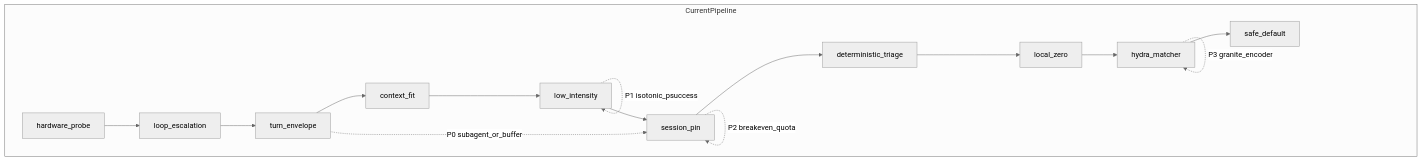
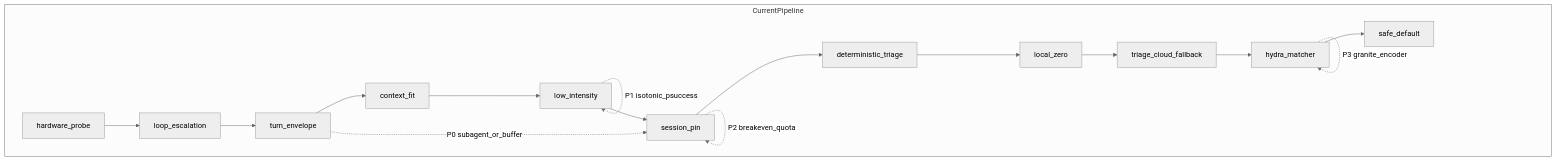
The diagram in docs/routing-roadmap.md (beettlle/pi-smart-router), drawn with Mermaid (neutral theme) before and after one commit. The commit also changed other lines of this file and 3 other files, not shown here.

Commit message:
feat(SP-227): complete Step 2 — refresh README, quickstart, and roadmap for 0.16.2 runtime

````diff
--- a/docs/routing-roadmap.md
+++ b/docs/routing-roadmap.md
@@ -144,21 +144,22 @@
 ```mermaid
 flowchart TD
   subgraph present [CurrentPipeline]
     hw[hardware_probe]
     loop[loop_escalation]
     env[turn_envelope]
     fit[context_fit]
     low[low_intensity]
     pin[session_pin]
     triage[deterministic_triage]
     local[local_zero]
+    tcf[triage_cloud_fallback]
     hydra[hydra_matcher]
     safe[safe_default]
   end
-  hw --> loop --> env --> fit --> low --> pin --> triage --> local --> hydra --> safe
+  hw --> loop --> env --> fit --> low --> pin --> triage --> local --> tcf --> hydra --> safe
   env -.->|P0 subagent_or_buffer| pin
   low -.->|P1 isotonic_psuccess| low
   hydra -.->|P1 profiles| hydra
   pin -.->|P2 breakeven_quota| pin
   hydra -.->|P3 granite_encoder| hydra
 ```
````
